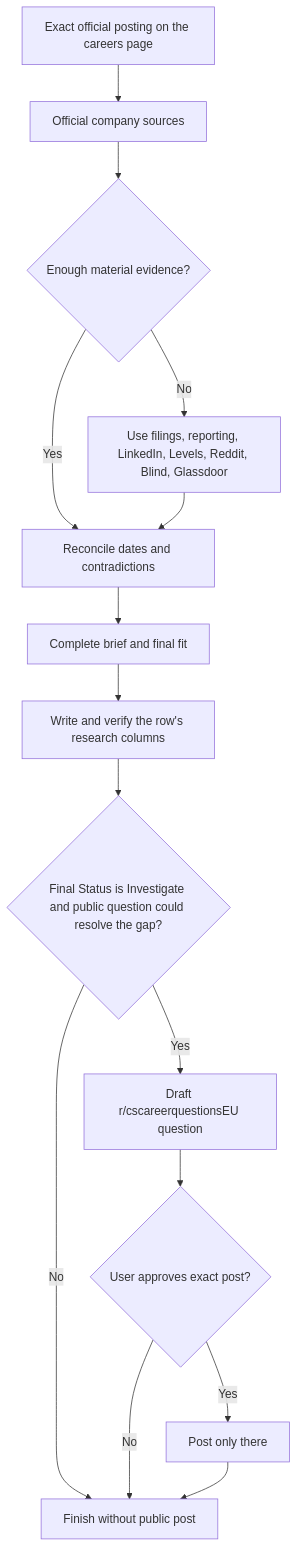
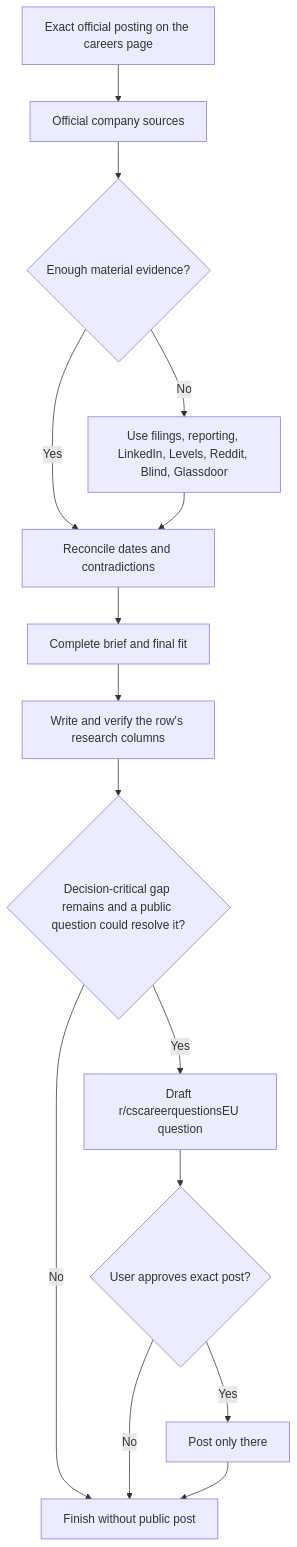
The first of 2 diagrams in linkedin-job-pilot/references/company-research.md (fsw0422/skills), drawn with Mermaid before and after one commit. The commit also changed other lines of this file and 6 other files, not shown here.

```diff
--- a/linkedin-job-pilot/references/company-research.md
+++ b/linkedin-job-pilot/references/company-research.md
@@ -9,17 +9,17 @@
 ~~~mermaid
 flowchart TD
     A[Exact official posting on the careers page] --> B[Official company sources]
     B --> C{Enough material evidence?}
     C -- No --> D[Use filings, reporting, LinkedIn, Levels, Reddit, Blind, Glassdoor]
     C -- Yes --> E[Reconcile dates and contradictions]
     D --> E
     E --> F[Complete brief and final fit]
     F --> G[Write and verify the row's research columns]
-    G --> H{Final Status is Investigate and public question could resolve the gap?}
+    G --> H{Decision-critical gap remains and a public question could resolve it?}
     H -- Yes --> I[Draft r/cscareerquestionsEU question]
     H -- No --> J[Finish without public post]
     I --> K{User approves exact post?}
     K -- Yes --> L[Post only there]
     K -- No --> J
     L --> J
 ~~~
```
